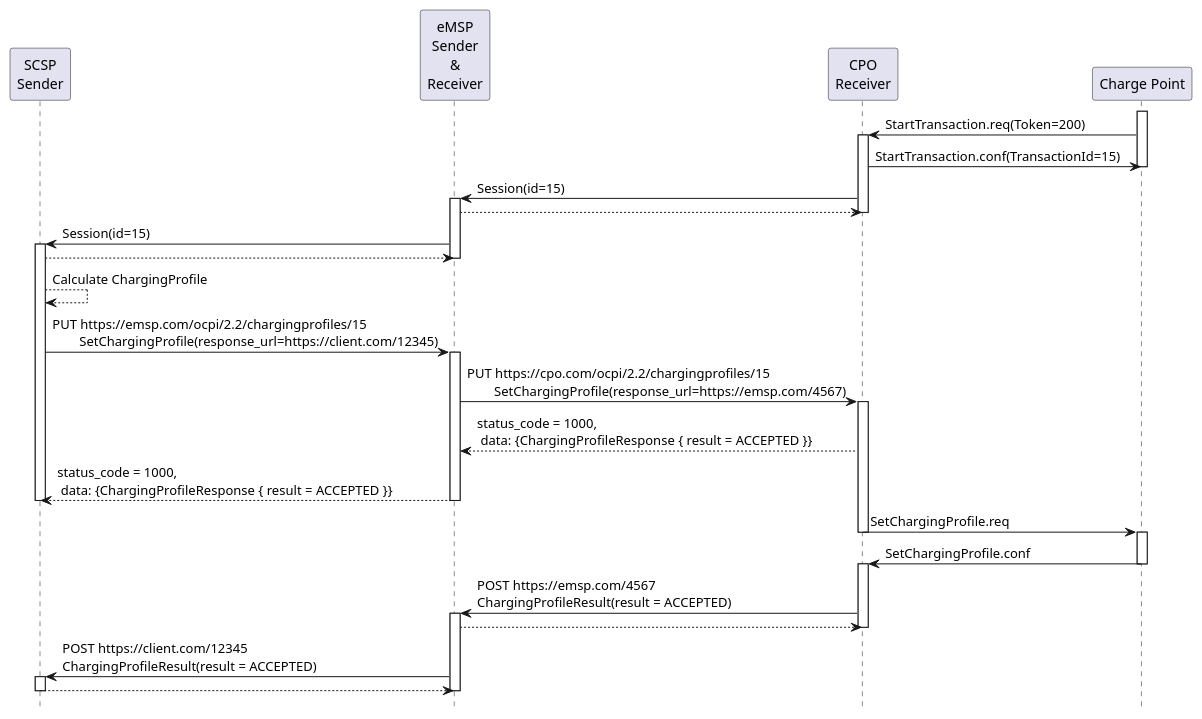
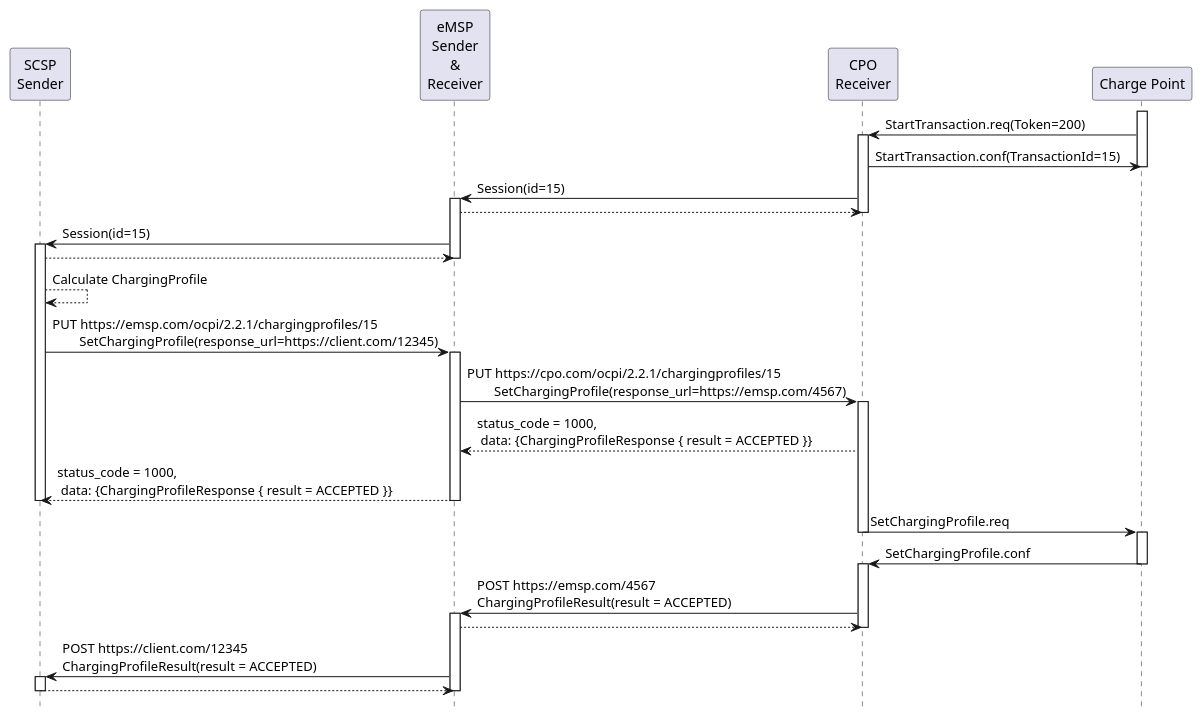
One commit to ocpi/ocpi changed the diagram in plantuml/sd_charging_profile_set_via_msp.plantuml. Above: the diagram before and after it, drawn with PlantUML. The commit also changed 13 other files, not shown here.

```diff
--- a/plantuml/sd_charging_profile_set_via_msp.plantuml
+++ b/plantuml/sd_charging_profile_set_via_msp.plantuml
@@ -1,54 +1,54 @@
 @startuml
 hide footbox
 
 participant "SCSP\nSender" as SCSP
 participant "eMSP\nSender\n&\nReceiver" as eMSP
 participant "CPO\nReceiver" as CPO
 participant "Charge Point" as CP
 
 
 activate CP
 CP   ->  CPO:  StartTransaction.req(Token=200)
 activate CPO
 CPO  ->  CP:   StartTransaction.conf(TransactionId=15)
 deactivate CP
 CPO  ->  eMSP: Session(id=15)
 activate eMSP
-eMSP --> CPO: 
+eMSP --> CPO:
 deactivate CPO
 eMSP  ->  SCSP: Session(id=15)
 activate SCSP
 SCSP --> eMSP:
 deactivate eMSP
 
 SCSP --> SCSP: Calculate ChargingProfile
 
-SCSP ->  eMSP:  PUT https:~//emsp.com/ocpi/2.2/chargingprofiles/15\n        SetChargingProfile(response_url=https:~//client.com/12345)
+SCSP ->  eMSP:  PUT https:~//emsp.com/ocpi/2.2.1/chargingprofiles/15\n        SetChargingProfile(response_url=https:~//client.com/12345)
 activate eMSP
 
-eMSP ->  CPO:  PUT https:~//cpo.com/ocpi/2.2/chargingprofiles/15\n        SetChargingProfile(response_url=https:~//emsp.com/4567)
+eMSP ->  CPO:  PUT https:~//cpo.com/ocpi/2.2.1/chargingprofiles/15\n        SetChargingProfile(response_url=https:~//emsp.com/4567)
 activate CPO
 CPO  --> eMSP: status_code = 1000,\n data: {ChargingProfileResponse { result = ACCEPTED }}
 eMSP  --> SCSP: status_code = 1000,\n data: {ChargingProfileResponse { result = ACCEPTED }}
 deactivate SCSP
 deactivate eMSP
 
 CPO  ->  CP:   SetChargingProfile.req
 deactivate CPO
 activate CP
 CP   ->  CPO:  SetChargingProfile.conf
 deactivate CP
 
 activate CPO
 CPO  ->  eMSP: POST https:~//emsp.com/4567\nChargingProfileResult(result = ACCEPTED)
 activate eMSP
 eMSP --> CPO:
 deactivate CPO
 
 eMSP  ->  SCSP: POST https:~//client.com/12345\nChargingProfileResult(result = ACCEPTED)
 activate SCSP
 SCSP --> eMSP:
 deactivate eMSP
 deactivate SCSP
 
 @enduml
```
